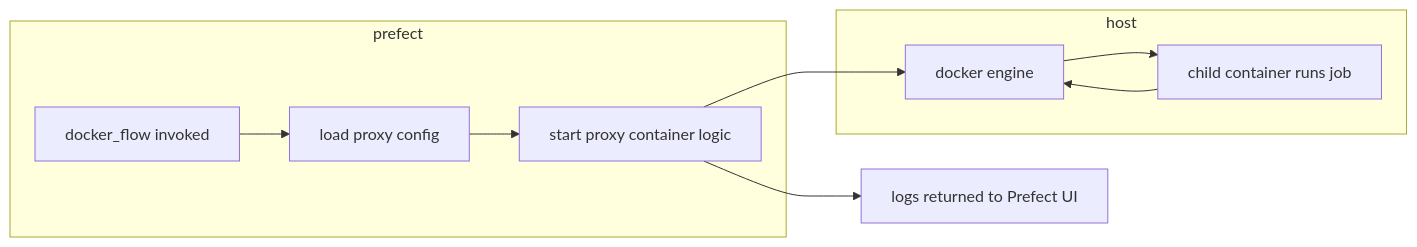
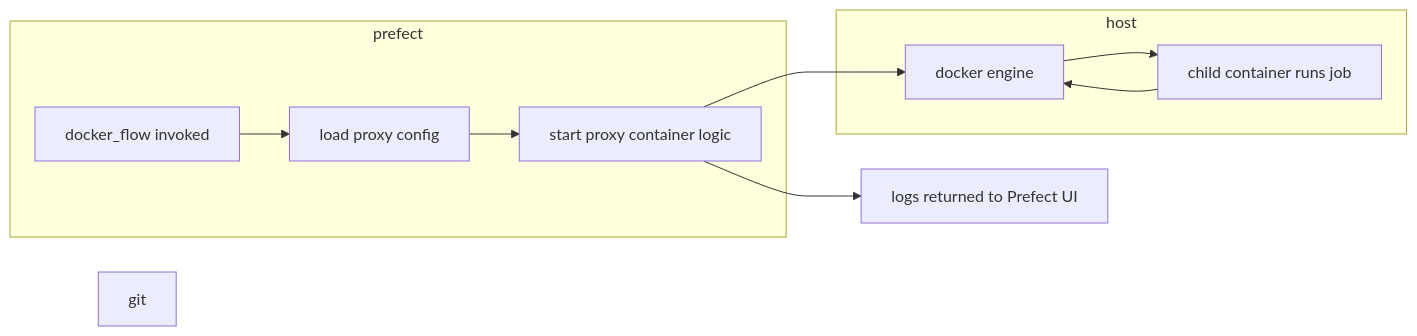
The diagram in README.md (jurajzachar/prefect-custom-docker), drawn with Mermaid before and after one commit. The commit also changed other lines of this file and 4 other files, not shown here.

````diff
--- a/README.md
+++ b/README.md
@@ -13,20 +19,20 @@
 ```mermaid
 flowchart LR
     subgraph prefect
         A[docker_flow invoked]
         B[load proxy config]
         C[start proxy container logic]
     end
-
+git 
     A --> B --> C
 
     subgraph host
         D[docker engine]
         E[child container runs job]
     end
 
     C --> D
     D --> E
     E --> D
     C --> F[logs returned to Prefect UI]
 ```
````
